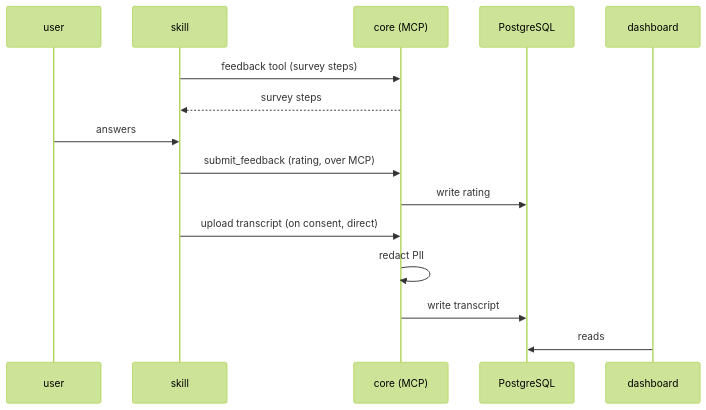
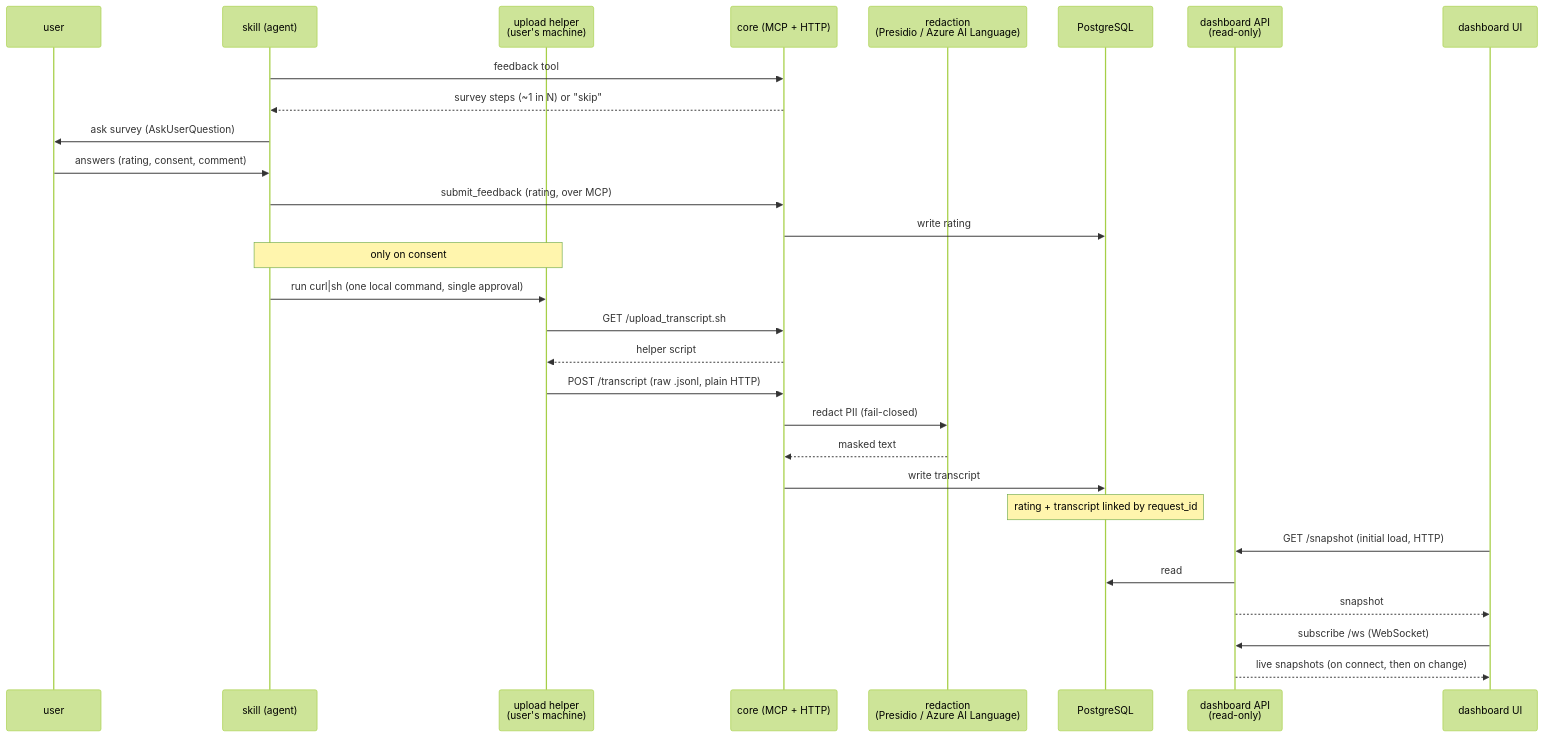
The diagram in README.md (HikmetB1/RateXp), drawn with Mermaid (forest theme) before and after one commit. The commit also changed other lines of this file, not shown here.

Commit message:
docs: expand architecture diagram with upload helper, redaction, and dashboard flow

````diff
--- a/README.md
+++ b/README.md
@@ -34,18 +34,34 @@
 ```mermaid
 sequenceDiagram
     participant U as user
-    participant S as skill
-    participant C as core (MCP)
+    participant S as skill (agent)
+    participant H as upload helper<br/>(user's machine)
+    participant C as core (MCP + HTTP)
+    participant R as redaction<br/>(Presidio / Azure AI Language)
     participant DB as PostgreSQL
-    participant D as dashboard
+    participant A as dashboard API<br/>(read-only)
+    participant D as dashboard UI
 
-    S->>C: feedback tool (survey steps)
-    C-->>S: survey steps
-    U->>S: answers
+    S->>C: feedback tool
+    C-->>S: survey steps (~1 in N) or "skip"
+    S->>U: ask survey (AskUserQuestion)
+    U->>S: answers (rating, consent, comment)
     S->>C: submit_feedback (rating, over MCP)
     C->>DB: write rating
-    S->>C: upload transcript (on consent, direct)
-    C->>C: redact PII
+
+    Note over S,H: only on consent
+    S->>H: run curl|sh (one local command, single approval)
+    H->>C: GET /upload_transcript.sh
+    C-->>H: helper script
+    H->>C: POST /transcript (raw .jsonl, plain HTTP)
+    C->>R: redact PII (fail-closed)
+    R-->>C: masked text
     C->>DB: write transcript
-    D->>DB: reads
+    Note over DB: rating + transcript linked by request_id
+
+    D->>A: GET /snapshot (initial load, HTTP)
+    A->>DB: read
+    A-->>D: snapshot
+    D->>A: subscribe /ws (WebSocket)
+    A-->>D: live snapshots (on connect, then on change)
 ```
````
